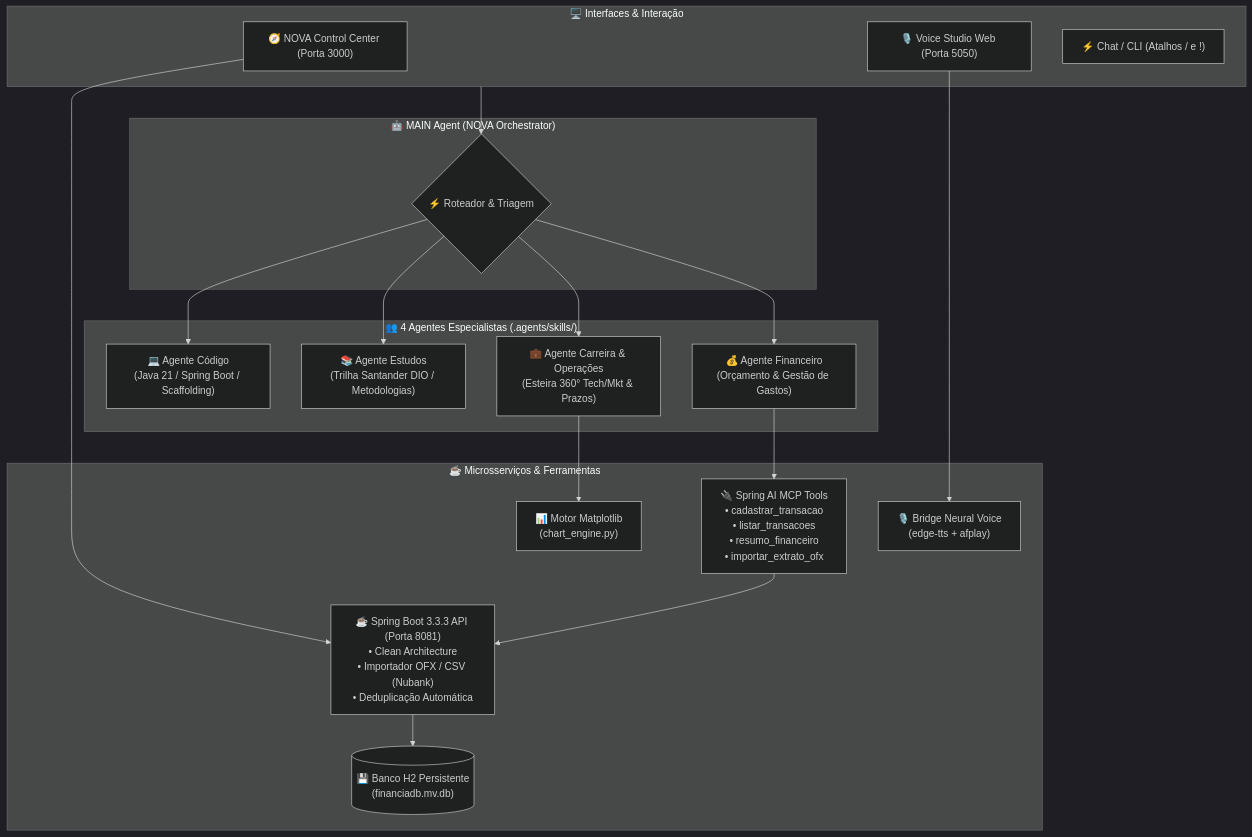
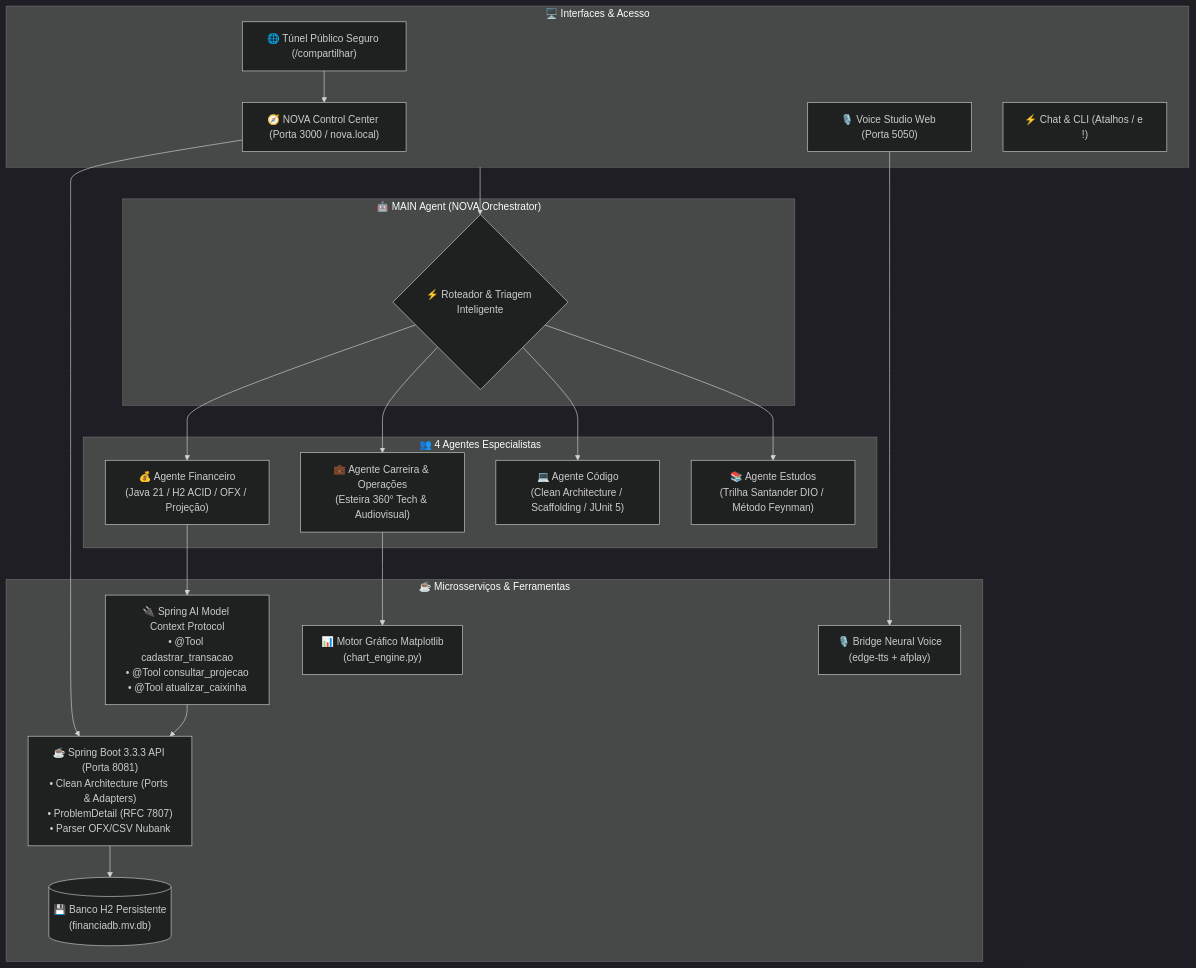
The diagram in README.md (fabiorodrigues-tech-dev/NOVA), drawn with Mermaid (dark theme) before and after one commit. The commit also changed other lines of this file, not shown here.

Commit message:
docs: Showcase README, Multi-Agent Architecture & CI/CD Pipeline

````diff
--- a/README.md
+++ b/README.md
@@ -55,40 +39,42 @@
 ```mermaid
 flowchart TD
-    subgraph UI_Layer ["🖥️ Interfaces & Interação"]
-        DASH["🧭 NOVA Control Center (Porta 3000)"]
+    subgraph UI_Layer ["🖥️ Interfaces & Acesso"]
+        DASH["🧭 NOVA Control Center (Porta 3000 / nova.local)"]
         VOICE_UI["🎙️ Voice Studio Web (Porta 5050)"]
-        CLI["⚡ Chat / CLI (Atalhos / e !)"]
+        CLI["⚡ Chat & CLI (Atalhos / e !)"]
+        TUNNEL["🌐 Túnel Público Seguro (/compartilhar)"]
     end
 
     subgraph Core_Agent ["🤖 MAIN Agent (NOVA Orchestrator)"]
-        ROUTER{"⚡ Roteador & Triagem"}
+        ROUTER{"⚡ Roteador & Triagem Inteligente"}
     end
 
-    subgraph Specialized_Agents ["👥 4 Agentes Especialistas (.agents/skills/)"]
-        CODIGO["💻 Agente Código\n(Java 21 / Spring Boot / Scaffolding)"]
-        ESTUDOS["📚 Agente Estudos\n(Trilha Santander DIO / Metodologias)"]
-        CARREIRA["💼 Agente Carreira & Operações\n(Esteira 360° Tech/Mkt & Prazos)"]
-        FINANCEIRO["💰 Agente Financeiro\n(Orçamento & Gestão de Gastos)"]
+    subgraph Specialized_Agents ["👥 4 Agentes Especialistas"]
+        FINANCEIRO["💰 Agente Financeiro\n(Java 21 / H2 ACID / OFX / Projeção)"]
+        CARREIRA["💼 Agente Carreira & Operações\n(Esteira 360° Tech & Audiovisual)"]
+        CODIGO["💻 Agente Código\n(Clean Architecture / Scaffolding / JUnit 5)"]
+        ESTUDOS["📚 Agente Estudos\n(Trilha Santander DIO / Método Feynman)"]
     end
 
     subgraph Backend_Services ["☕ Microsserviços & Ferramentas"]
-        SPRING["☕ Spring Boot 3.3.3 API (Porta 8081)\n• Clean Architecture\n• Importador OFX / CSV (Nubank)\n• Deduplicação Automática"]
-        MCP["🔌 Spring AI MCP Tools\n• cadastrar_transacao\n• listar_transacoes\n• resumo_financeiro\n• importar_extrato_ofx"]
+        SPRING["☕ Spring Boot 3.3.3 API (Porta 8081)\n• Clean Architecture (Ports & Adapters)\n• ProblemDetail (RFC 7807)\n• Parser OFX/CSV Nubank"]
+        MCP["🔌 Spring AI Model Context Protocol\n• @Tool cadastrar_transacao\n• @Tool consultar_projecao\n• @Tool atualizar_caixinha"]
         H2[("💾 Banco H2 Persistente\n(financiadb.mv.db)")]
-        CHART["📊 Motor Matplotlib\n(chart_engine.py)"]
+        CHART["📊 Motor Gráfico Matplotlib\n(chart_engine.py)"]
         TTS["🎙️ Bridge Neural Voice\n(edge-tts + afplay)"]
     end
 
     UI_Layer --> ROUTER
+    TUNNEL --> DASH
+    ROUTER --> FINANCEIRO
+    ROUTER --> CARREIRA
     ROUTER --> CODIGO
     ROUTER --> ESTUDOS
-    ROUTER --> CARREIRA
-    ROUTER --> FINANCEIRO
 
     FINANCEIRO --> MCP
     MCP --> SPRING
     SPRING --> H2
     CARREIRA --> CHART
     VOICE_UI --> TTS
     DASH --> SPRING
 ```
````
